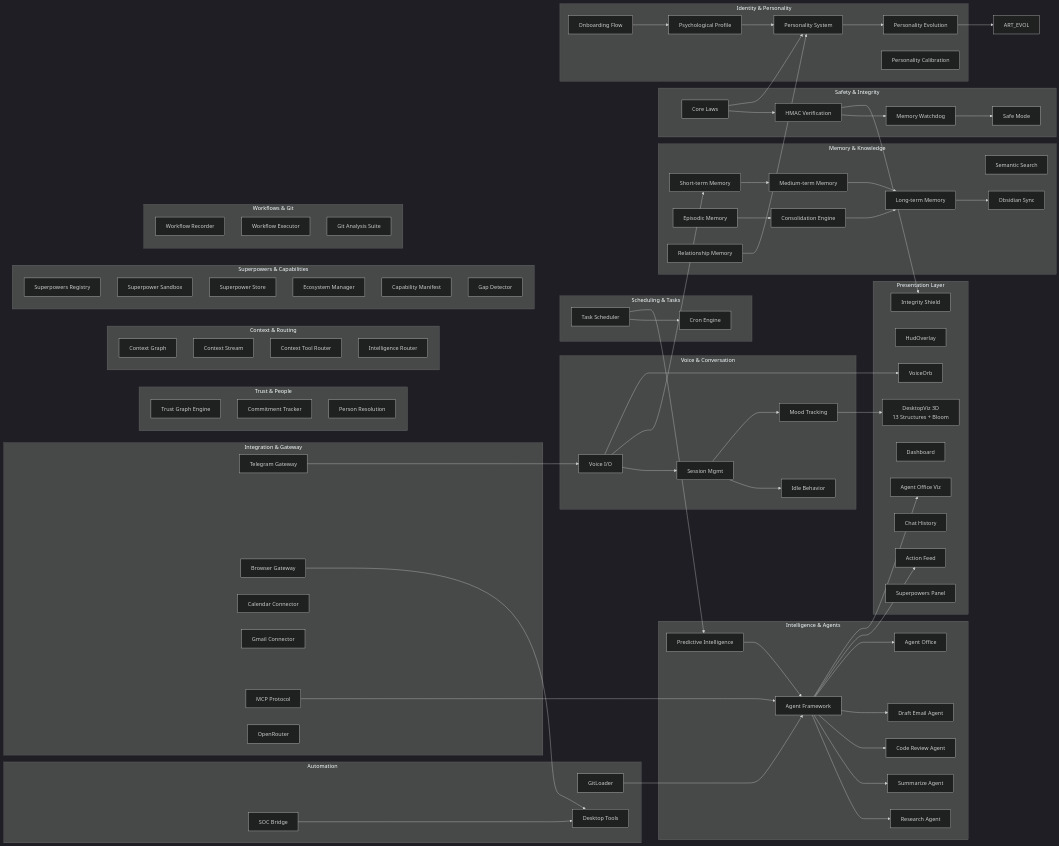
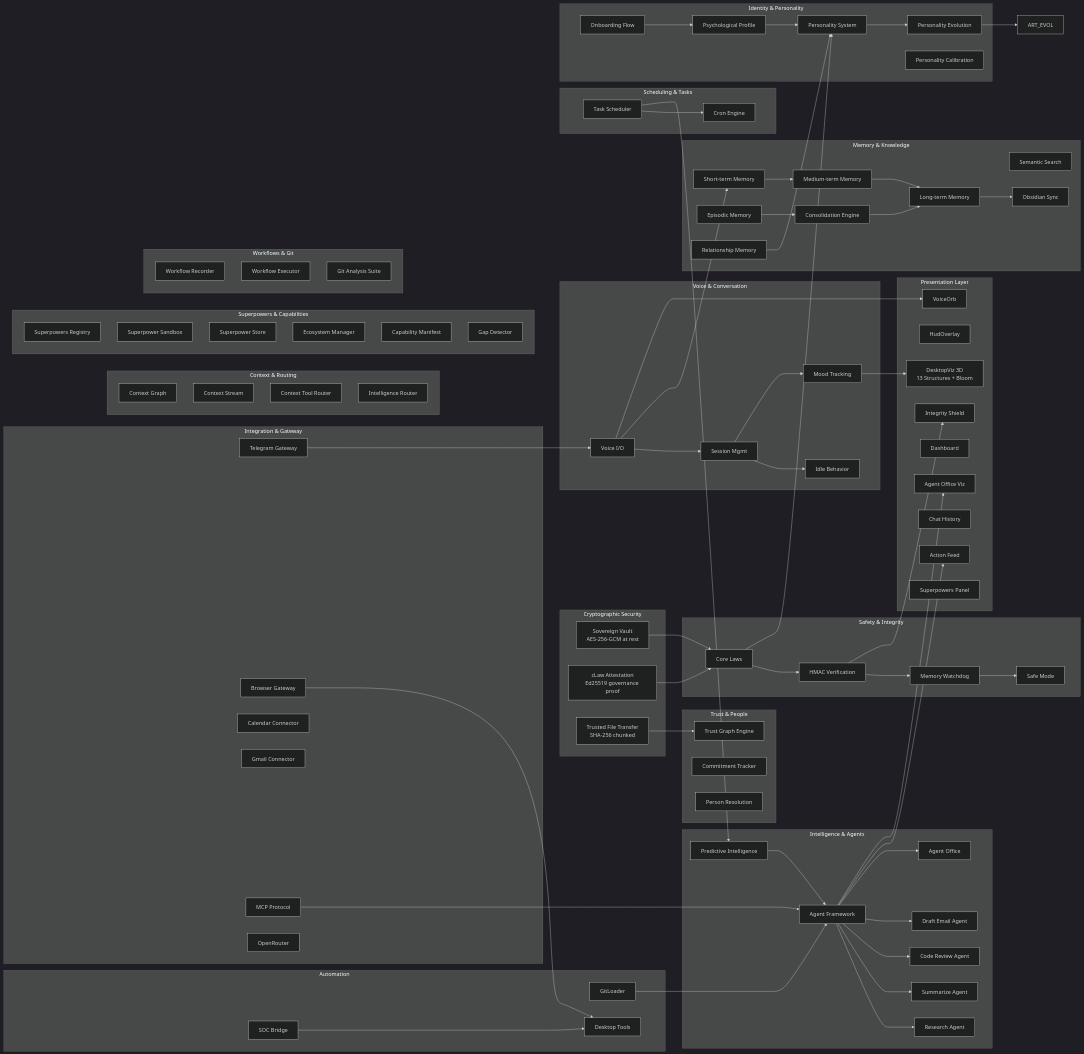
Before and after one commit to FutureSpeakAI/Agent-Friday: the second of 19 diagrams in ARCHITECTURE.md, drawn with Mermaid (dark theme). The commit also changed other lines of this file and 1 other file, not shown here.

First line of the commit message:
docs: update README and ARCHITECTURE with cryptographic security layer

```diff
--- a/ARCHITECTURE.md
+++ b/ARCHITECTURE.md
@@ -158,6 +158,12 @@
         HMAC_SYS[HMAC Verification]
         WATCHDOG[Memory Watchdog]
         SAFE_MODE[Safe Mode]
+    end
+
+    subgraph "Cryptographic Security"
+        VAULT[Sovereign Vault<br/>AES-256-GCM at rest]
+        CLAW_ATT[cLaw Attestation<br/>Ed25519 governance proof]
+        FILE_XFER[Trusted File Transfer<br/>SHA-256 chunked]
     end
 
     subgraph "Automation"
@@ -266,6 +272,10 @@
     PERSONA --> EVOLVE
     EVOLVE --> ART_EVOL
 
+    VAULT --> CLAWS
+    CLAW_ATT --> CLAWS
+    FILE_XFER --> TRUST_ENGINE
+
     MOOD --> NEXUS
     VOICE --> ORB
     AGENT_FW --> ACTIONS
```
